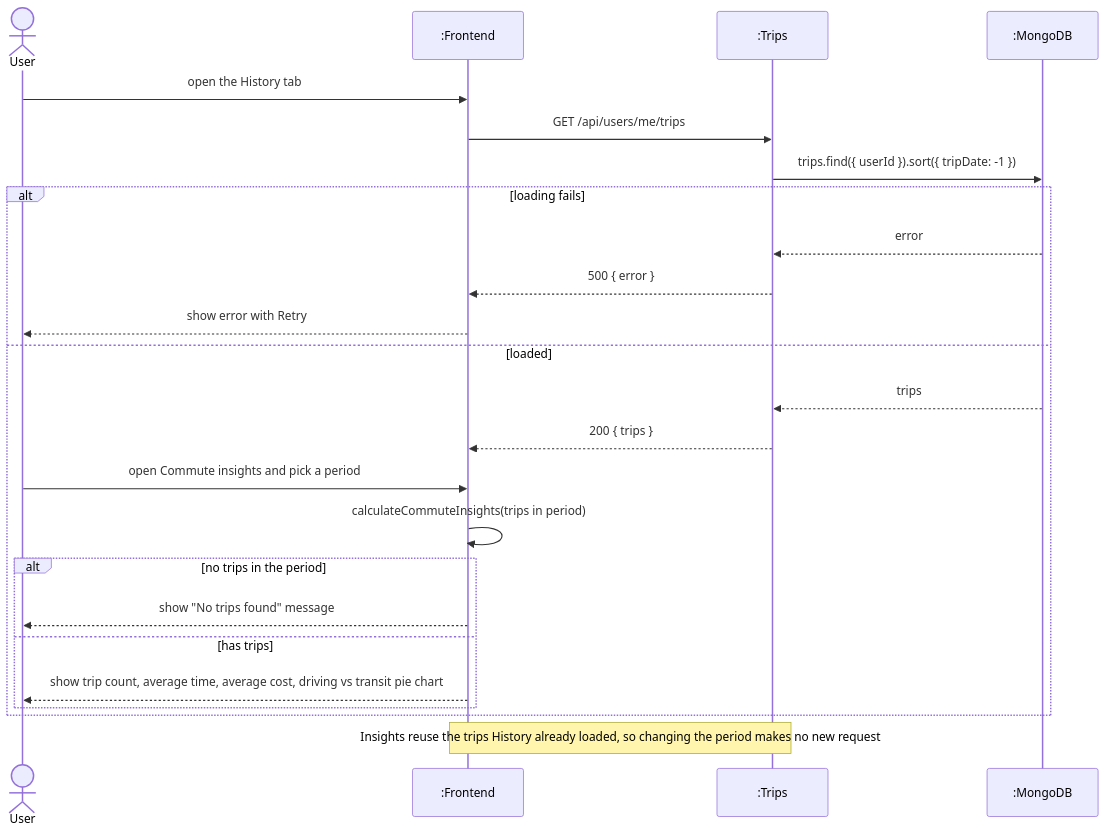
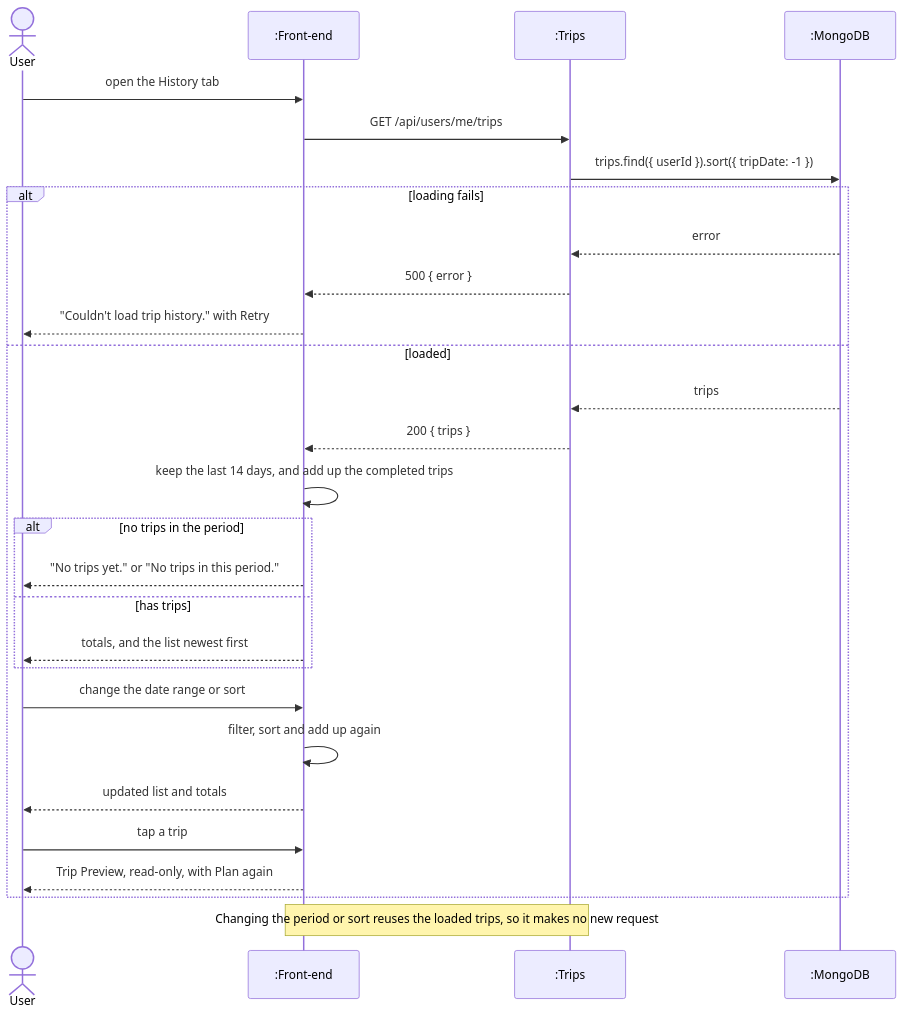
The seventh of 7 diagrams in documentation/Requirements_and_Design.md (adamdeleeuw/trailmix), drawn with Mermaid before and after one commit. The commit also changed other lines of this file and 5 other files, not shown here.

````diff
--- a/documentation/Requirements_and_Design.md
+++ b/documentation/Requirements_and_Design.md
@@ -495,27 +676,31 @@
 ```mermaid
 sequenceDiagram
     actor User
-    participant App as :Frontend
+    participant App as :Front-end
     participant Trips as :Trips
     participant DB as :MongoDB
 
     User->>App: open the History tab
     App->>Trips: GET /api/users/me/trips
     Trips->>DB: trips.find({ userId }).sort({ tripDate: -1 })
     alt loading fails
         DB-->>Trips: error
         Trips-->>App: 500 { error }
-        App-->>User: show error with Retry
+        App-->>User: "Couldn't load trip history." with Retry
     else loaded
         DB-->>Trips: trips
         Trips-->>App: 200 { trips }
-        User->>App: open Commute insights and pick a period
-        App->>App: calculateCommuteInsights(trips in period)
+        App->>App: keep the last 14 days, and add up the completed trips
         alt no trips in the period
-            App-->>User: show "No trips found" message
+            App-->>User: "No trips yet." or "No trips in this period."
         else has trips
-            App-->>User: show trip count, average time, average cost, driving vs transit pie chart
+            App-->>User: totals, and the list newest first
         end
+        User->>App: change the date range or sort
+        App->>App: filter, sort and add up again
+        App-->>User: updated list and totals
+        User->>App: tap a trip
+        App-->>User: Trip Preview, read-only, with Plan again
     end
-    Note over App,Trips: Insights reuse the trips History already loaded, so changing the period makes no new request
+    Note over App,Trips: Changing the period or sort reuses the loaded trips, so it makes no new request
 ```
````
